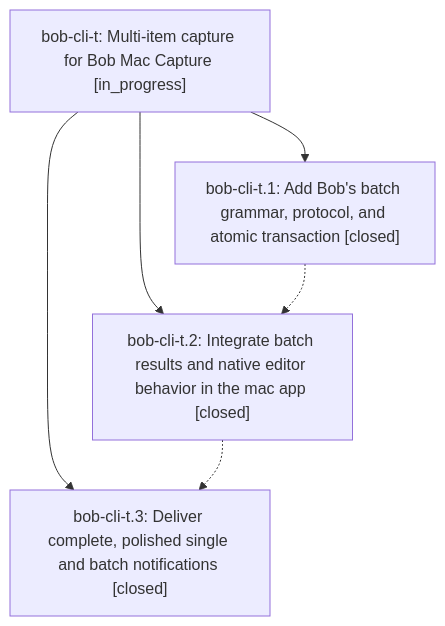
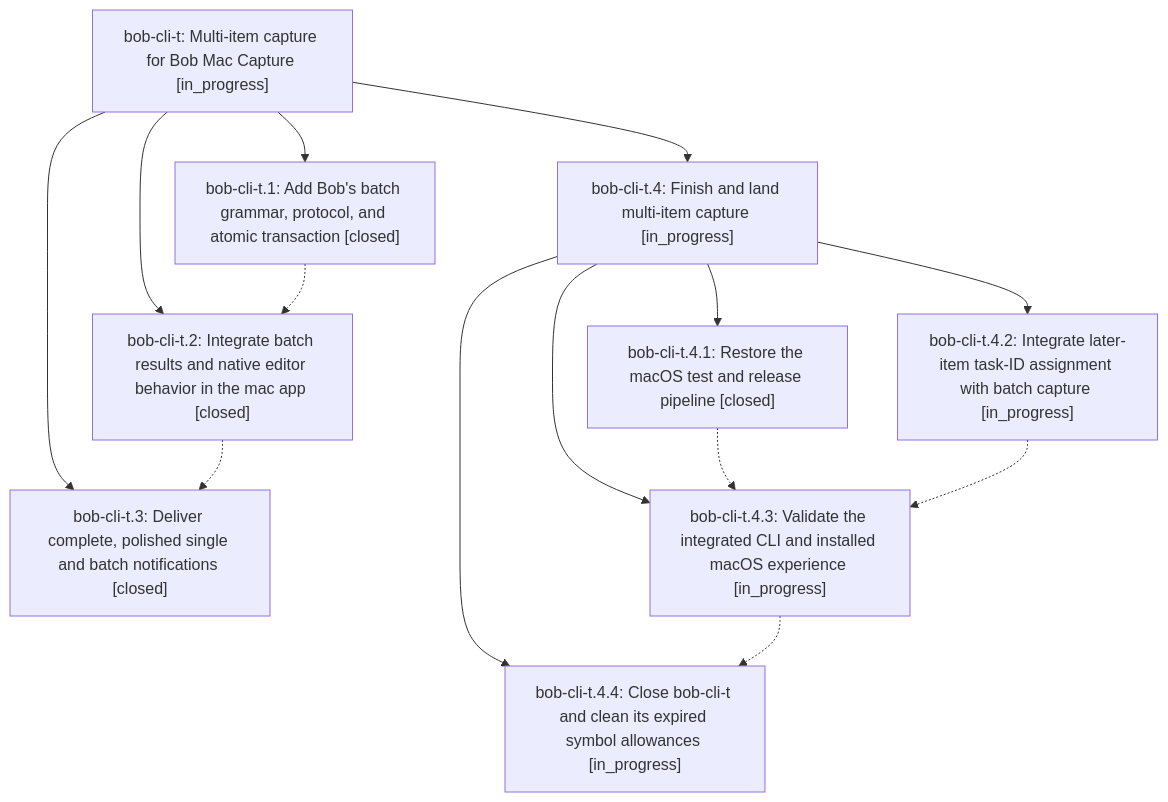
Before and after one commit to bobs-org/bob-cli--beads: the diagram in pages/bob-cli-t/README.md, drawn with Mermaid. The commit also changed other lines of this file and 5 other files, not shown here.

First line of the commit message:
chore(beads): sync bead state and pages for bob-cli-t

````diff
--- a/pages/bob-cli-t/README.md
+++ b/pages/bob-cli-t/README.md
@@ -24,12 +28,25 @@
 ```mermaid
 flowchart TD
     n0["bob-cli-t: Multi-item capture for Bob Mac Capture [in_progress]"]
     n1["bob-cli-t.1: Add Bob's batch grammar, protocol, and atomic transaction [closed]"]
     n2["bob-cli-t.2: Integrate batch results and native editor behavior in the mac app [closed]"]
     n3["bob-cli-t.3: Deliver complete, polished single and batch notifications [closed]"]
+    n4["bob-cli-t.4: Finish and land multi-item capture [in_progress]"]
+    n5["bob-cli-t.4.1: Restore the macOS test and release pipeline [closed]"]
+    n6["bob-cli-t.4.2: Integrate later-item task-ID assignment with batch capture [in_progress]"]
+    n7["bob-cli-t.4.3: Validate the integrated CLI and installed macOS experience [in_progress]"]
+    n8["bob-cli-t.4.4: Close bob-cli-t and clean its expired symbol allowances [in_progress]"]
     n0 --> n1
     n0 --> n2
     n0 --> n3
+    n0 --> n4
+    n4 --> n5
+    n4 --> n6
+    n4 --> n7
+    n4 --> n8
     n1 -.-> n2
     n2 -.-> n3
+    n5 -.-> n7
+    n6 -.-> n7
+    n7 -.-> n8
 ```
````
